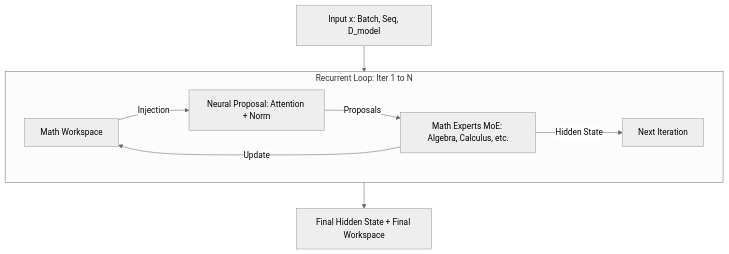
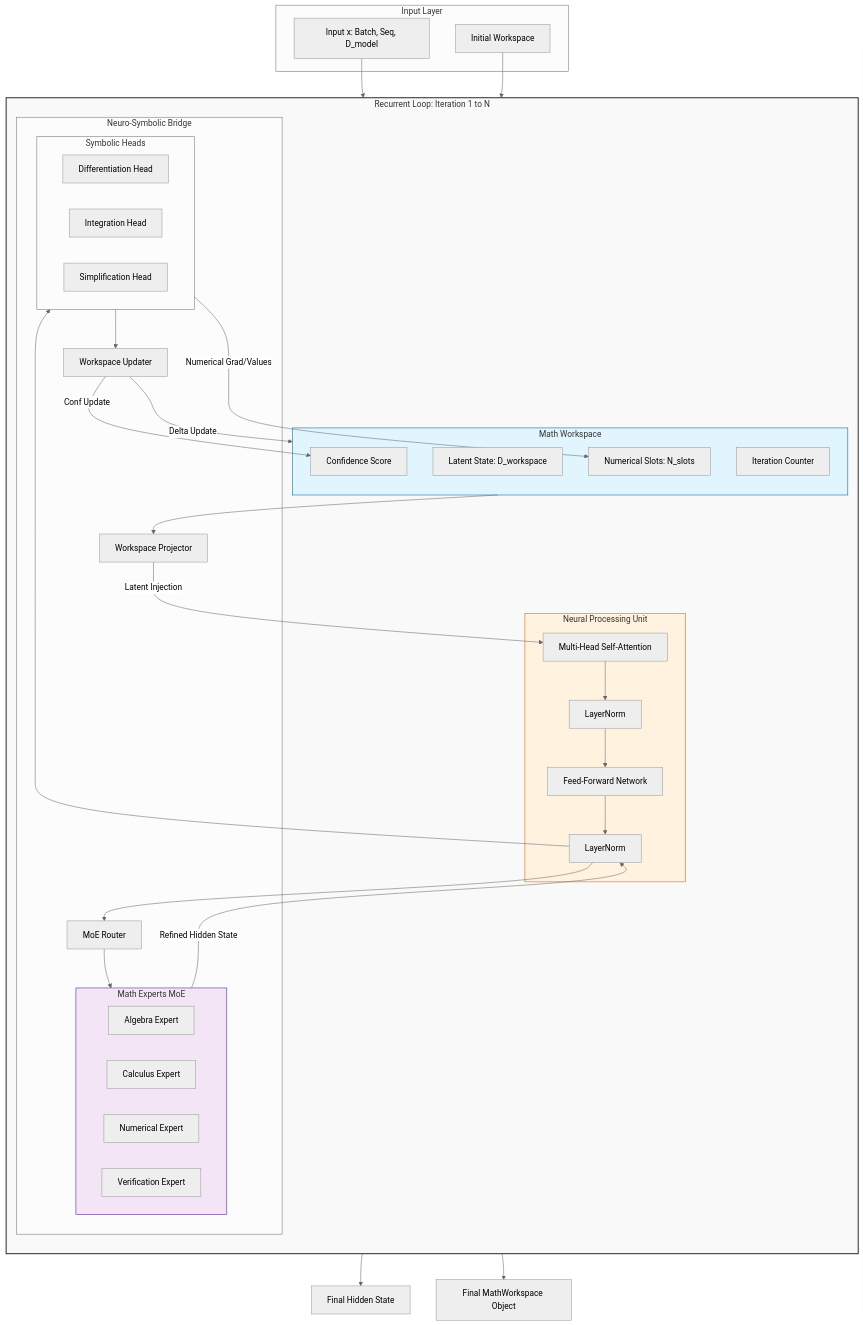
One commit to Neutron-Binary-LLC/OpenMetis changed the first of 2 diagrams in README.md. Above: the diagram before and after it, drawn with Mermaid (neutral theme). The commit also changed other lines of this file and 6 other files, not shown here.

First line of the commit message:
Revamp README and codebase with enhanced workspace, symbolic heads, and math operations

````diff
--- a/README.md
+++ b/README.md
@@ -11,11 +11,73 @@
 ```mermaid
-graph TD
-    Input[Input x: Batch, Seq, D_model] --> Loop
-    subgraph Loop [Recurrent Loop: Iter 1 to N]
-        WS[Math Workspace] -- Injection --> Neural[Neural Proposal: Attention + Norm]
-        Neural -- Proposals --> MoE[Math Experts MoE: Algebra, Calculus, etc.]
-        MoE -- Update --> WS
-        MoE -- Hidden State --> NextIter[Next Iteration]
+graph TB
+    subgraph Input_Space [Input Layer]
+        X[Input x: Batch, Seq, D_model]
+        InitWS[Initial Workspace]
     end
-    Loop --> Output[Final Hidden State + Final Workspace]
+
+    X --> RecurrentLoop
+    InitWS --> RecurrentLoop
+
+    subgraph RecurrentLoop [Recurrent Loop: Iteration 1 to N]
+        direction TB
+        
+        subgraph Neural_Core [Neural Processing Unit]
+            Attn[Multi-Head Self-Attention]
+            Norm1[LayerNorm]
+            FFN[Feed-Forward Network]
+            Norm2[LayerNorm]
+            
+            Attn --> Norm1
+            Norm1 --> FFN
+            FFN --> Norm2
+        end
+
+        subgraph Workspace_State [Math Workspace]
+            Latent[Latent State: D_workspace]
+            NumSlots[Numerical Slots: N_slots]
+            Conf[Confidence Score]
+            Iter[Iteration Counter]
+        end
+
+        subgraph NeuroSymbolic_Bridge [Neuro-Symbolic Bridge]
+            Proj[Workspace Projector]
+            Update[Workspace Updater]
+            Router[MoE Router]
+            
+            subgraph Experts [Math Experts MoE]
+                Alg[Algebra Expert]
+                Calc[Calculus Expert]
+                Num[Numerical Expert]
+                Ver[Verification Expert]
+            end
+            
+            subgraph Math_Heads [Symbolic Heads]
+                Deriv[Differentiation Head]
+                Integ[Integration Head]
+                Simp[Simplification Head]
+            end
+        end
+
+        %% Connections within loop
+        Workspace_State --> Proj
+        Proj -- Latent Injection --> Attn
+        Norm2 --> Router
+        Router --> Experts
+        Experts -- Refined Hidden State --> Norm2
+        
+        Norm2 --> Math_Heads
+        Math_Heads --> Update
+        Update -- Delta Update --> Workspace_State
+        
+        Math_Heads -- Numerical Grad/Values --> NumSlots
+        Update -- Conf Update --> Conf
+    end
+
+    RecurrentLoop --> Output[Final Hidden State]
+    RecurrentLoop --> FinalWS[Final MathWorkspace Object]
+
+    style RecurrentLoop fill:#f9f9f9,stroke:#333,stroke-width:2px
+    style Workspace_State fill:#e1f5fe,stroke:#01579b
+    style Neural_Core fill:#fff3e0,stroke:#e65100
+    style Experts fill:#f3e5f5,stroke:#4a148c
 ```
````
